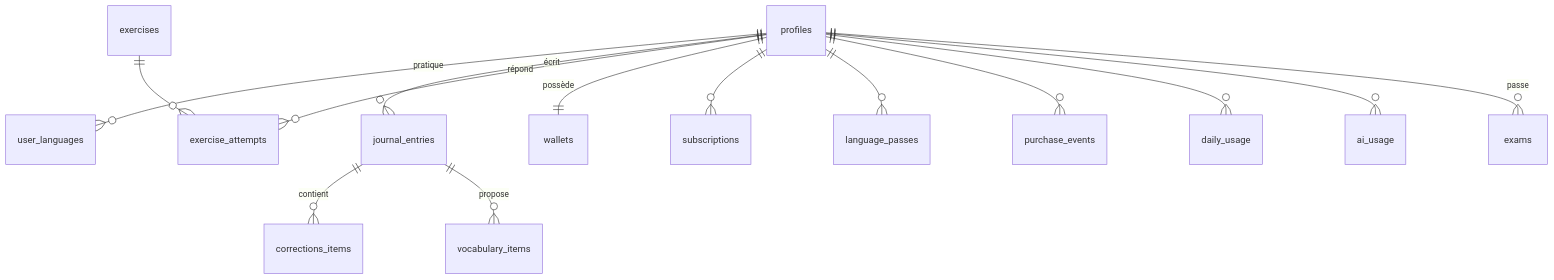
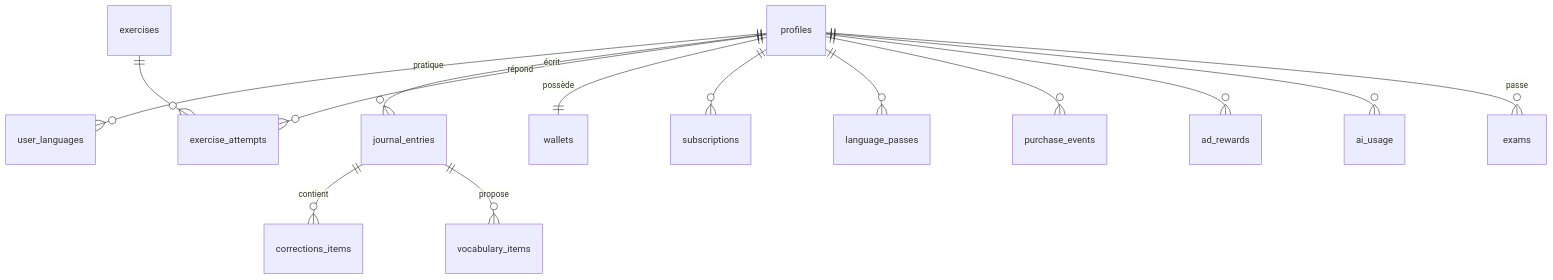
One commit to Kelenix/Journal-de-Langue changed the diagram in docs/data-model.md. Above: the diagram before and after it, drawn with Mermaid. The commit also changed other lines of this file and 161 other files, not shown here.

````diff
--- a/docs/data-model.md
+++ b/docs/data-model.md
@@ -7,16 +7,16 @@
 ```mermaid
 erDiagram
   profiles ||--o{ user_languages : pratique
   profiles ||--o{ journal_entries : écrit
   journal_entries ||--o{ corrections_items : contient
   journal_entries ||--o{ vocabulary_items : propose
   profiles ||--o{ exercise_attempts : répond
   exercises ||--o{ exercise_attempts : ""
   profiles ||--|| wallets : possède
   profiles ||--o{ subscriptions : ""
   profiles ||--o{ language_passes : ""
   profiles ||--o{ purchase_events : ""
-  profiles ||--o{ daily_usage : ""
+  profiles ||--o{ ad_rewards : ""
   profiles ||--o{ ai_usage : ""
   profiles ||--o{ exams : passe
 ```
````
